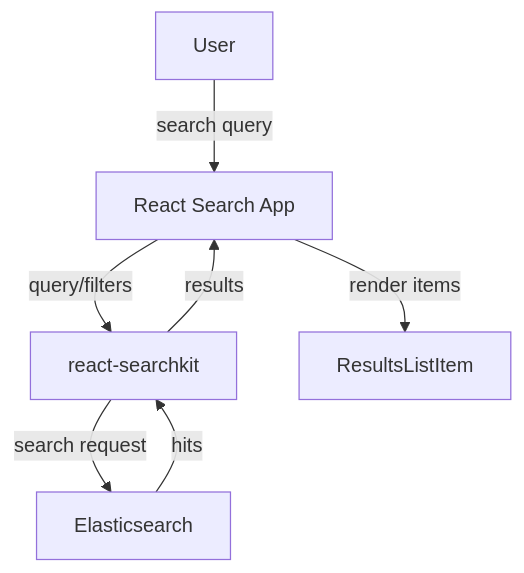
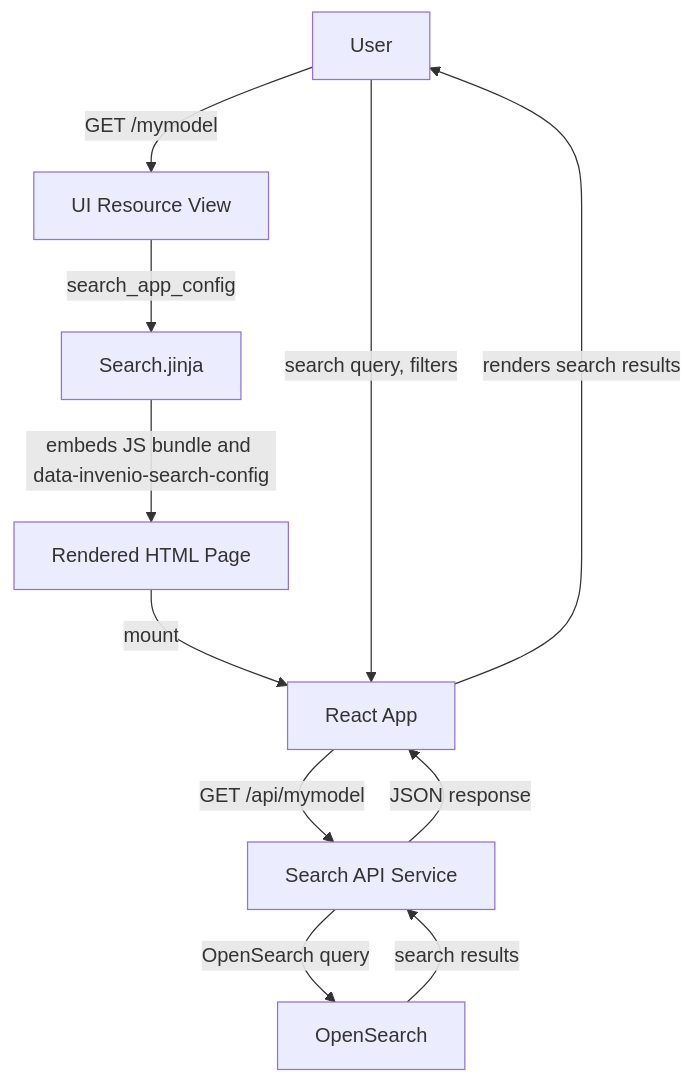
One commit to NRP-CZ/docs changed the first of 2 diagrams in content/customize/model_ui/search.mdx. Above: the diagram before and after it, drawn with Mermaid. The commit also changed other lines of this file and 5 other files, not shown here.

````diff
--- a/content/customize/model_ui/search.mdx
+++ b/content/customize/model_ui/search.mdx
@@ -18,9 +12,14 @@
 ```mermaid
 graph TD
-    U[User] -->|search query| RA[React Search App]
-    RA -->|query/filters| RSK[react-searchkit]
-    RSK -->|search request| ES[Elasticsearch]
-    ES -->|hits| RSK
-    RSK -->|results| RA
-    RA -->|render items| RLI[ResultsListItem]
+    U[User] -->|GET /mymodel| VR[UI Resource View]
+    VR -->|search_app_config| ST[Search.jinja]
+    ST -->|embeds JS bundle and data-invenio-search-config| PG[Rendered HTML Page]
+    PG -->|mount| RA[React App]
+
+    U -->|search query, filters| RA
+    RA -->|GET /api/mymodel| SR[Search API Service]
+    SR -->|OpenSearch query| ES[OpenSearch]
+    ES -->|search results| SR
+    SR -->|JSON response| RA
+    RA -->|renders search results| U
 ```
````
